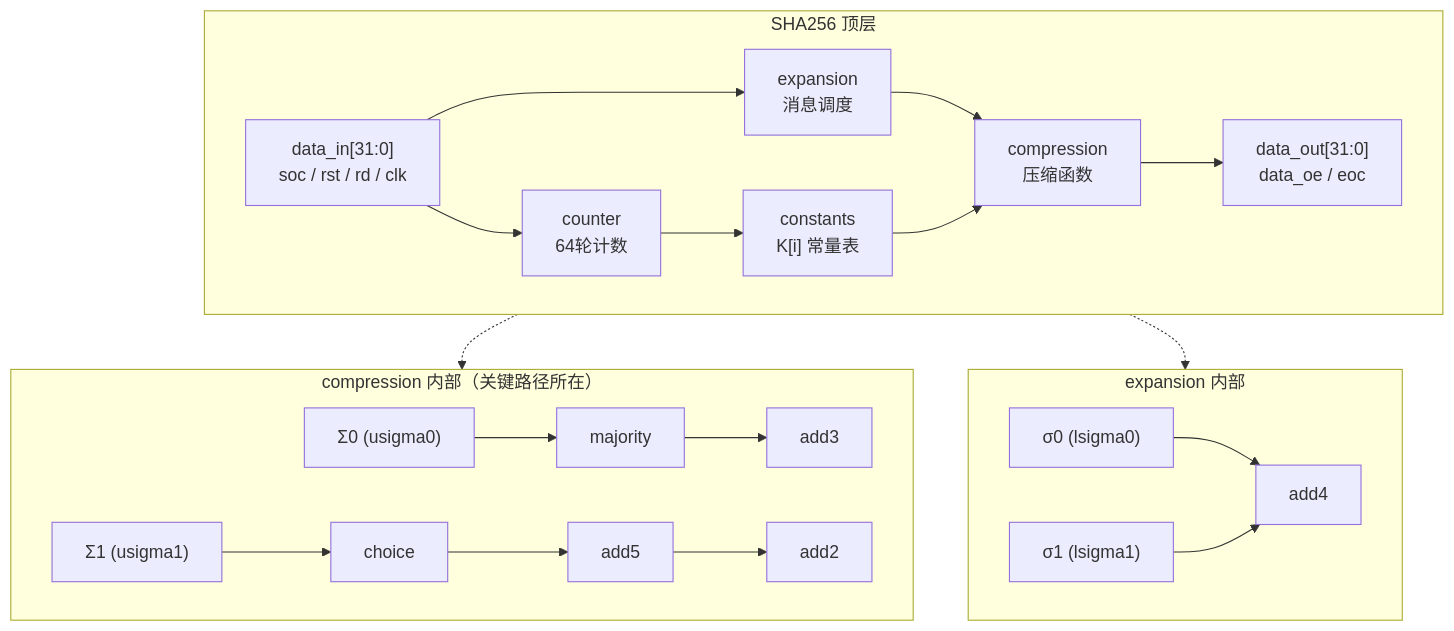
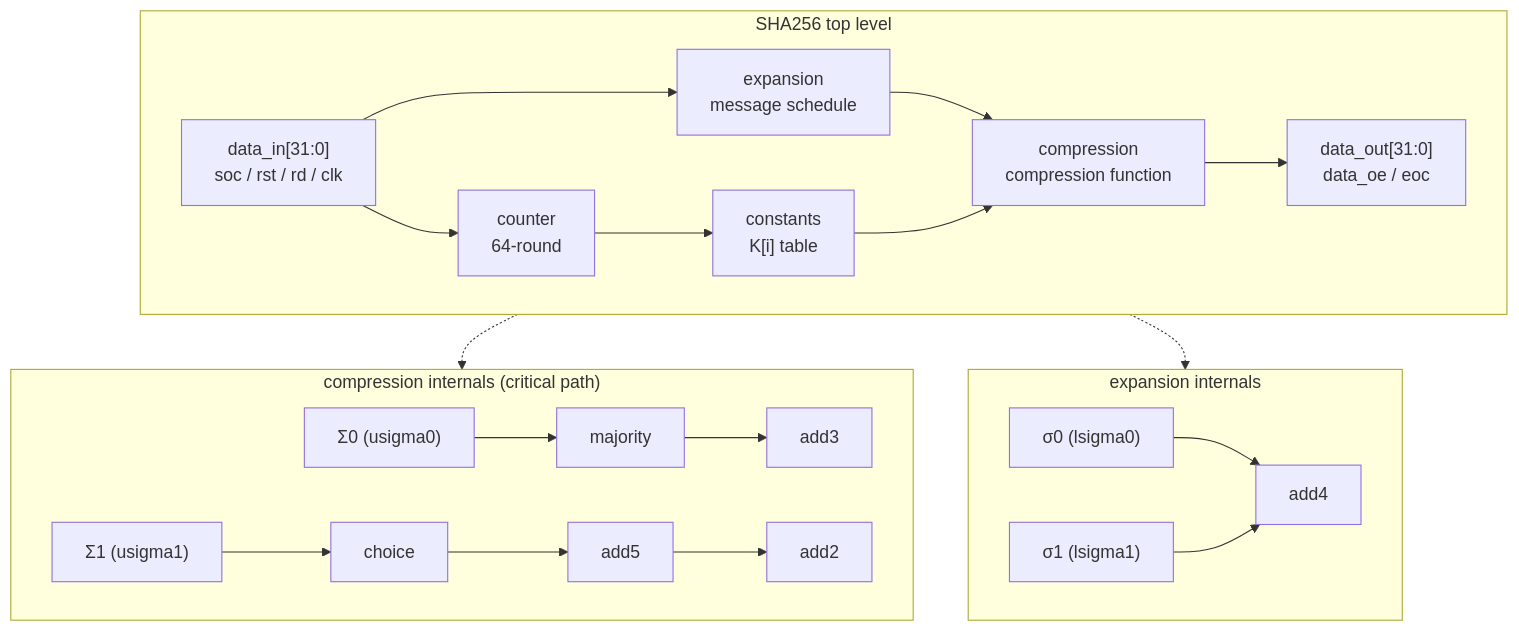
One commit to CDragon123-code/SHA-256 changed the second of 2 diagrams in README.md. Above: the diagram before and after it, drawn with Mermaid. The commit also changed other lines of this file and 1 other file, not shown here.

````diff
--- a/README.md
+++ b/README.md
@@ -229,30 +104,30 @@
 ```mermaid
 flowchart TB
-    subgraph TOP["SHA256 顶层"]
+    subgraph TOP["SHA256 top level"]
         direction LR
-        IN["data_in[31:0]<br/>soc / rst / rd / clk"] --> EXP["expansion<br/>消息调度"]
-        IN --> CNT["counter<br/>64轮计数"]
-        CNT --> CST["constants<br/>K[i] 常量表"]
-        EXP --> CMP["compression<br/>压缩函数"]
+        IN["data_in[31:0]<br/>soc / rst / rd / clk"] --> EXP["expansion<br/>message schedule"]
+        IN --> CNT["counter<br/>64-round"]
+        CNT --> CST["constants<br/>K[i] table"]
+        EXP --> CMP["compression<br/>compression function"]
         CST --> CMP
         CMP --> OUT["data_out[31:0]<br/>data_oe / eoc"]
     end
 
-    subgraph CMPD["compression 内部（关键路径所在）"]
+    subgraph CMPD["compression internals (critical path)"]
         direction LR
         US1["Σ1 (usigma1)"] --> CH["choice"]
         US0["Σ0 (usigma0)"] --> MAJ["majority"]
         CH --> ADD5["add5"]
         MAJ --> ADD3["add3"]
         ADD5 --> ADD2["add2"]
     end
 
-    subgraph EXPD["expansion 内部"]
+    subgraph EXPD["expansion internals"]
         direction LR
         S0["σ0 (lsigma0)"] --> ADD4["add4"]
         S1["σ1 (lsigma1)"] --> ADD4
     end
 
     CMP -.-> CMPD
     EXP -.-> EXPD
 ```
````
